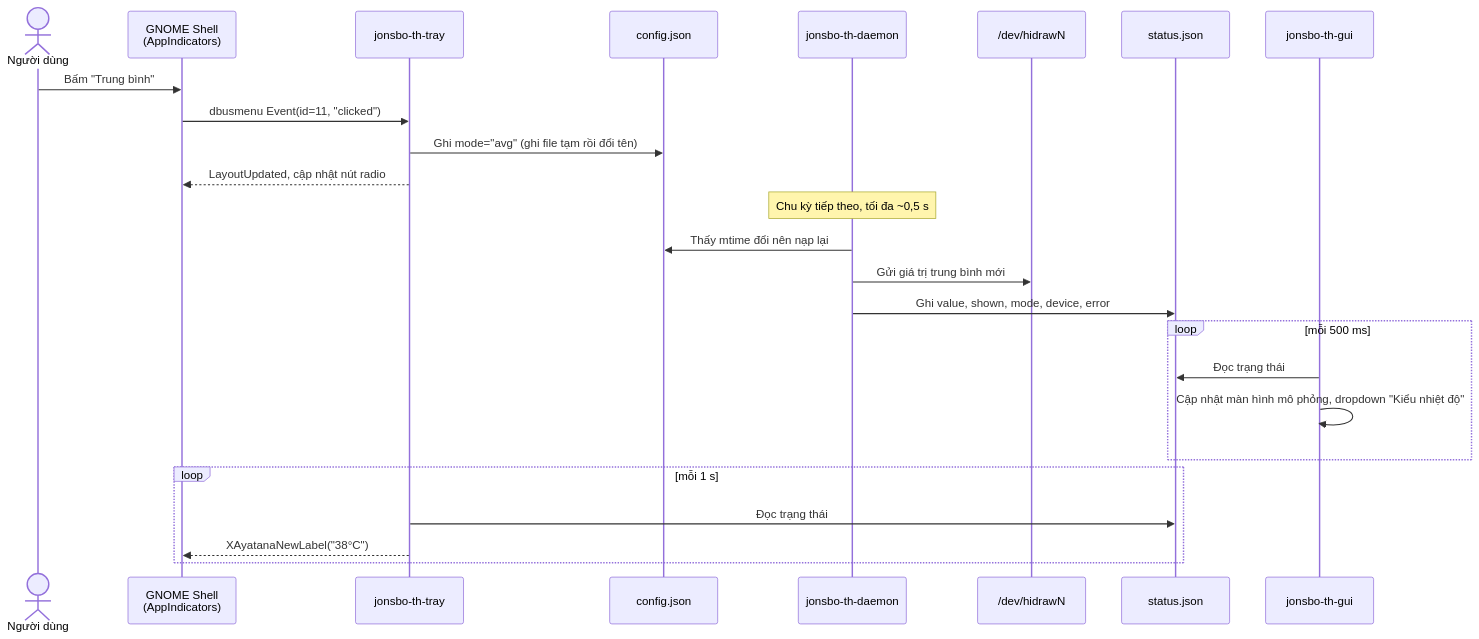
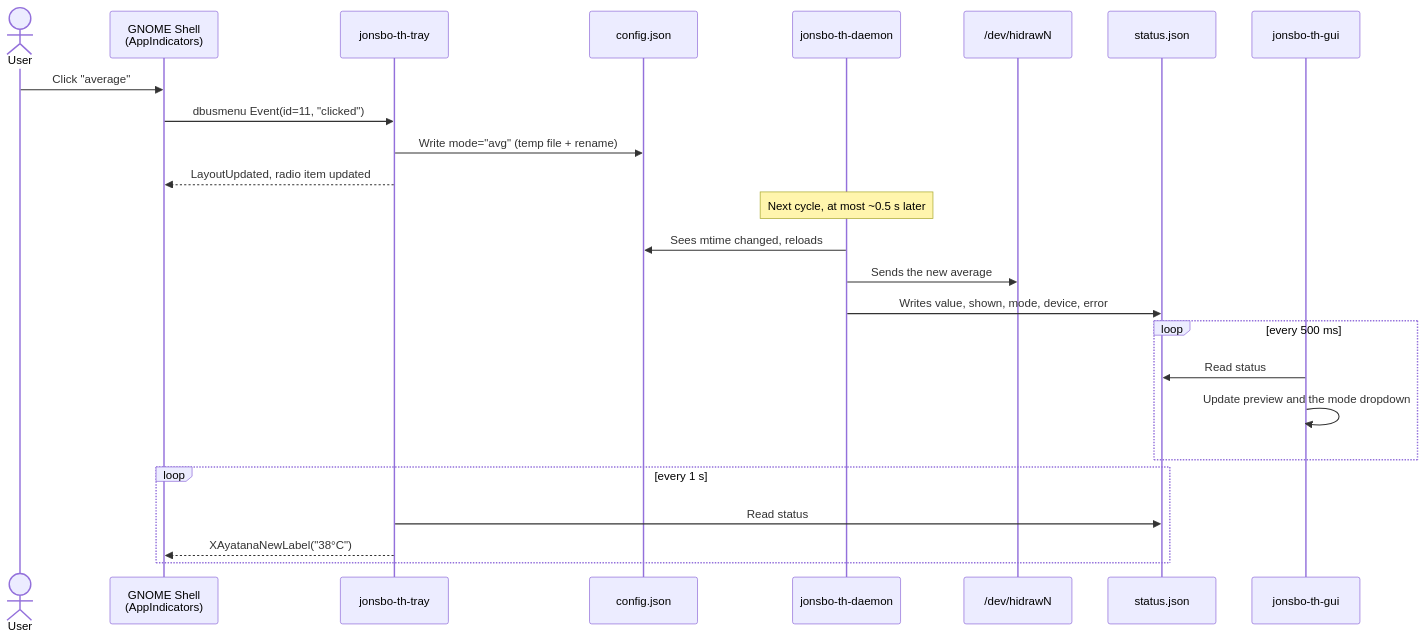
One commit to huysien/jonsbo-th-display-linux changed the third of 5 diagrams in docs/ARCHITECTURE.md. Above: the diagram before and after it, drawn with Mermaid. The commit also changed other lines of this file and 5 other files, not shown here.

````diff
--- a/docs/ARCHITECTURE.md
+++ b/docs/ARCHITECTURE.md
@@ -119,28 +118,28 @@
 ```mermaid
 sequenceDiagram
-    actor U as Người dùng
+    actor U as User
     participant SH as GNOME Shell<br/>(AppIndicators)
     participant T as jonsbo-th-tray
     participant C as config.json
     participant D as jonsbo-th-daemon
     participant H as /dev/hidrawN
     participant S as status.json
     participant G as jonsbo-th-gui
 
-    U->>SH: Bấm "Trung bình"
+    U->>SH: Click "average"
     SH->>T: dbusmenu Event(id=11, "clicked")
-    T->>C: Ghi mode="avg" (ghi file tạm rồi đổi tên)
-    T-->>SH: LayoutUpdated, cập nhật nút radio
-    Note over D: Chu kỳ tiếp theo, tối đa ~0,5 s
-    D->>C: Thấy mtime đổi nên nạp lại
-    D->>H: Gửi giá trị trung bình mới
-    D->>S: Ghi value, shown, mode, device, error
-    loop mỗi 500 ms
-        G->>S: Đọc trạng thái
-        G->>G: Cập nhật màn hình mô phỏng, dropdown "Kiểu nhiệt độ"
+    T->>C: Write mode="avg" (temp file + rename)
+    T-->>SH: LayoutUpdated, radio item updated
+    Note over D: Next cycle, at most ~0.5 s later
+    D->>C: Sees mtime changed, reloads
+    D->>H: Sends the new average
+    D->>S: Writes value, shown, mode, device, error
+    loop every 500 ms
+        G->>S: Read status
+        G->>G: Update preview and the mode dropdown
     end
-    loop mỗi 1 s
-        T->>S: Đọc trạng thái
+    loop every 1 s
+        T->>S: Read status
         T-->>SH: XAyatanaNewLabel("38°C")
     end
 ```
````
